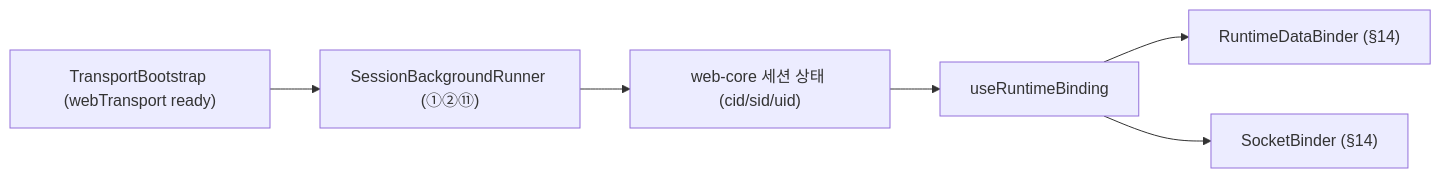
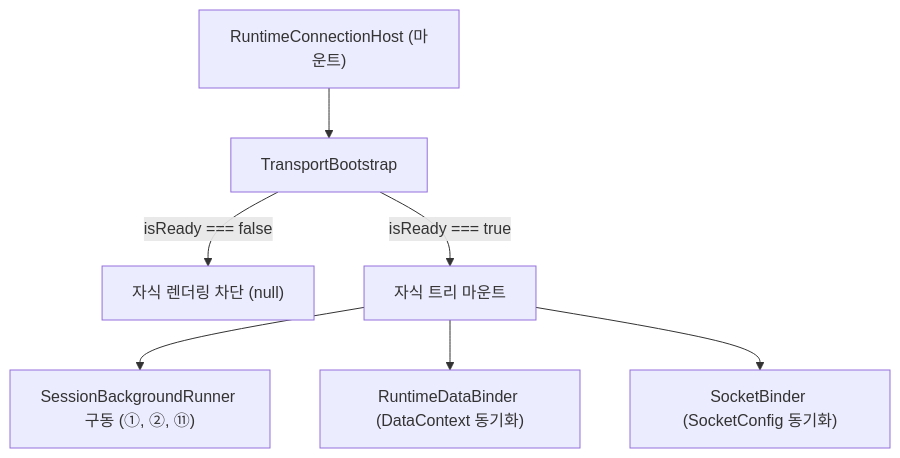
Before and after one commit to lemoncloud-io/dou-app: the diagram in libs/app-runtime/docs/runtime/session-runner.md, drawn with Mermaid. The commit also changed other lines of this file and 5 other files, not shown here.

Commit message:
feat: refactor session and socket management for improved architecture

````diff
--- a/libs/app-runtime/docs/runtime/session-runner.md
+++ b/libs/app-runtime/docs/runtime/session-runner.md
@@ -53,8 +48,11 @@
 ```mermaid
-flowchart LR
-  TB["TransportBootstrap (webTransport ready)"] --> Runner["SessionBackgroundRunner (①②⑪)"]
-  Runner --> Session["web-core 세션 상태 (cid/sid/uid)"]
-  Session --> Binding["useRuntimeBinding"]
-  Binding --> DataBinder["RuntimeDataBinder (§14)"]
-  Binding --> SocketBinder["SocketBinder (§14)"]
+flowchart TD
+  Host["RuntimeConnectionHost (마운트)"] --> TB["TransportBootstrap"]
+
+  TB -- isReady === false --> Pending["자식 렌더링 차단 (null)"]
+  TB -- isReady === true --> Mount["자식 트리 마운트"]
+
+  Mount --> Runner["SessionBackgroundRunner 구동 (①, ②, ⑪)"]
+  Mount --> DataBinder["RuntimeDataBinder (DataContext 동기화)"]
+  Mount --> SocketBinder["SocketBinder (SocketConfig 동기화)"]
 ```
````
